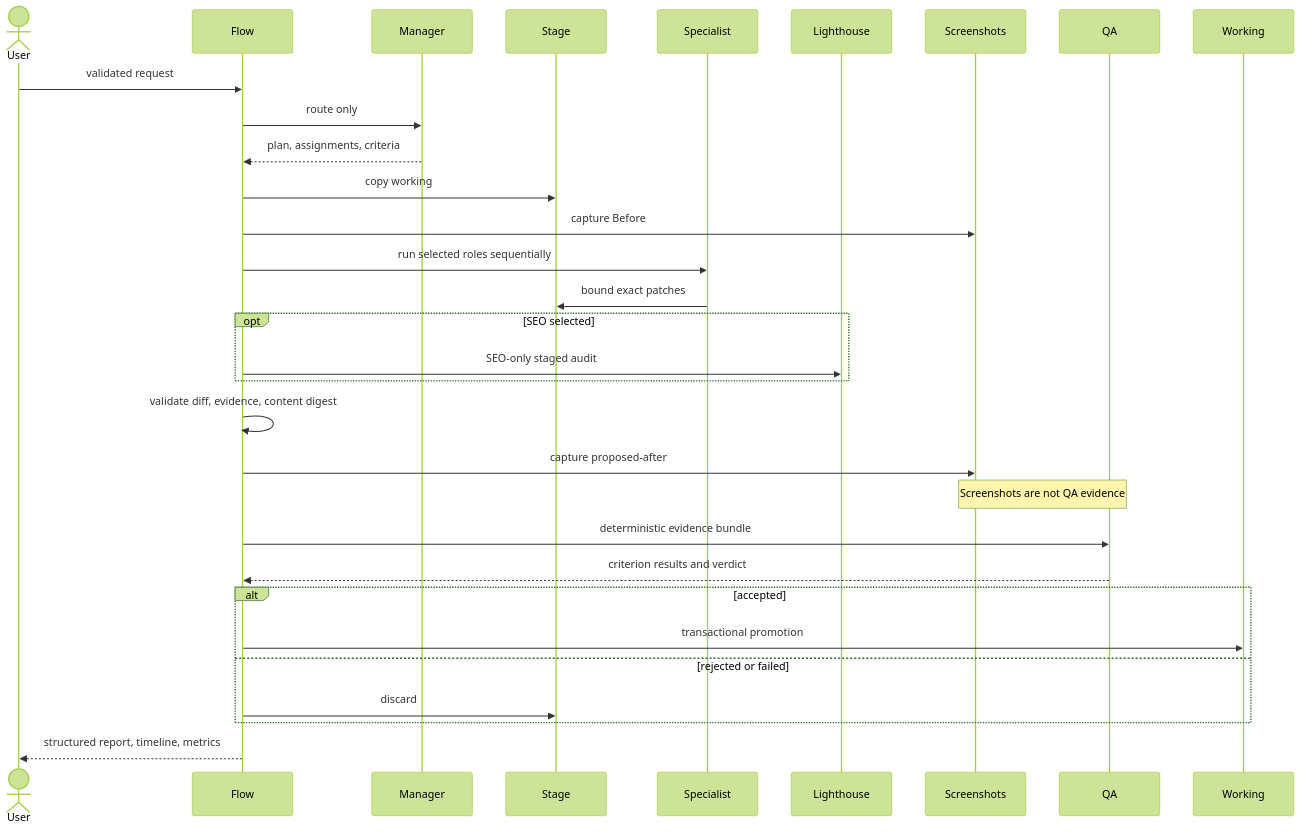
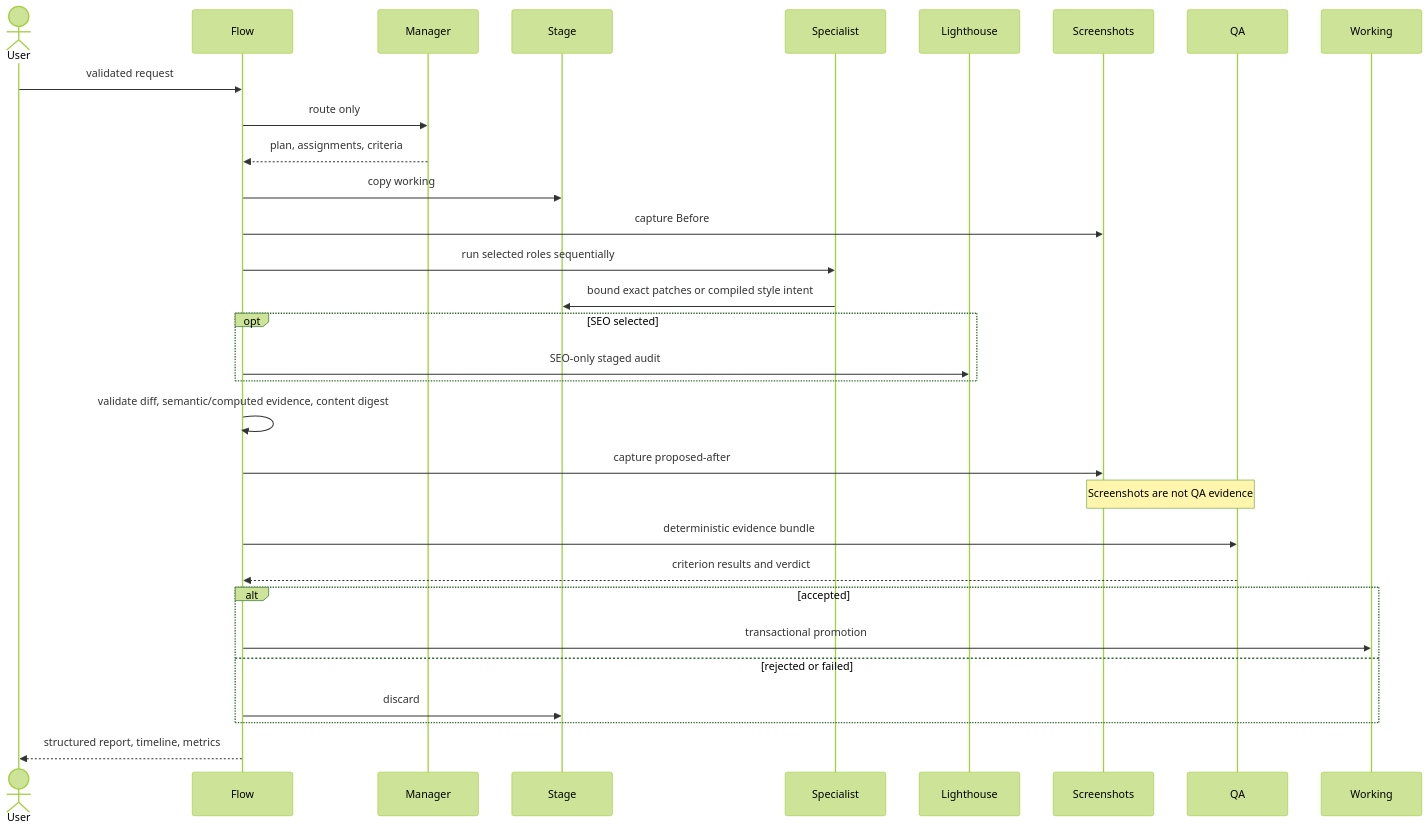
The second of 6 diagrams in agentorchestra/docs/architecture.md (NaimurRahmannn/Multi-Agent-Orchestrator), drawn with Mermaid (forest theme) before and after one commit. The commit also changed other lines of this file and 32 other files, not shown here.

````diff
--- a/agentorchestra/docs/architecture.md
+++ b/agentorchestra/docs/architecture.md
@@ -33,34 +35,34 @@
 ```mermaid
 sequenceDiagram
     actor User
     participant Flow
     participant Manager
     participant Stage
     participant Specialist
     participant Lighthouse
     participant Screenshots
     participant QA
     participant Working
 
     User->>Flow: validated request
     Flow->>Manager: route only
     Manager-->>Flow: plan, assignments, criteria
     Flow->>Stage: copy working
     Flow->>Screenshots: capture Before
     Flow->>Specialist: run selected roles sequentially
-    Specialist->>Stage: bound exact patches
+    Specialist->>Stage: bound exact patches or compiled style intent
     opt SEO selected
         Flow->>Lighthouse: SEO-only staged audit
     end
-    Flow->>Flow: validate diff, evidence, content digest
+    Flow->>Flow: validate diff, semantic/computed evidence, content digest
     Flow->>Screenshots: capture proposed-after
     Note over Screenshots,QA: Screenshots are not QA evidence
     Flow->>QA: deterministic evidence bundle
     QA-->>Flow: criterion results and verdict
     alt accepted
         Flow->>Working: transactional promotion
     else rejected or failed
         Flow->>Stage: discard
     end
     Flow-->>User: structured report, timeline, metrics
 ```
````
